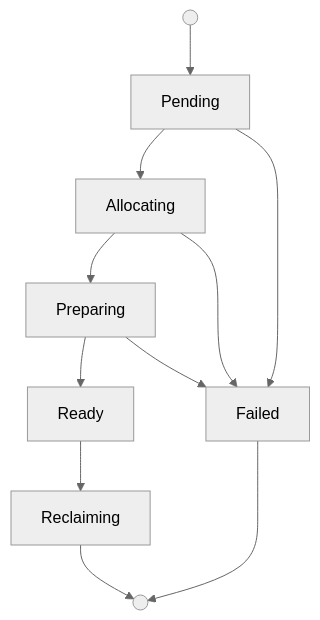
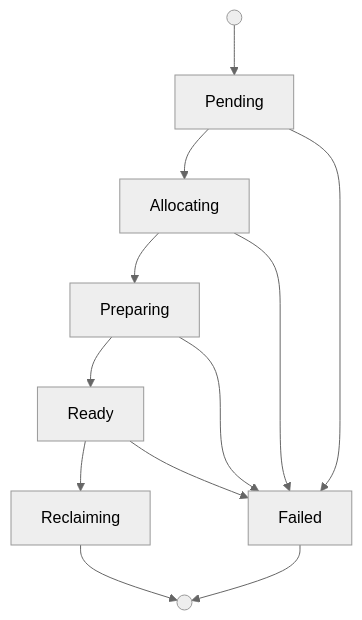
The diagram in compute/bare-metal.mdx (Mount-Thor/docs), drawn with Mermaid (neutral theme) before and after one commit. The commit also changed other lines of this file and 13 other files, not shown here.

````diff
--- a/compute/bare-metal.mdx
+++ b/compute/bare-metal.mdx
@@ -15,13 +15,14 @@
 ```mermaid
 flowchart TD
   Start(( )) --> Pending[Pending]
   Pending --> Allocating
   Allocating --> Preparing
   Preparing --> Ready
   Ready --> Reclaiming
   Reclaiming --> End(( ))
   Pending --> Failed
   Allocating --> Failed
+  Ready --> Failed
   Preparing --> Failed
   Failed --> End
 ```
````
